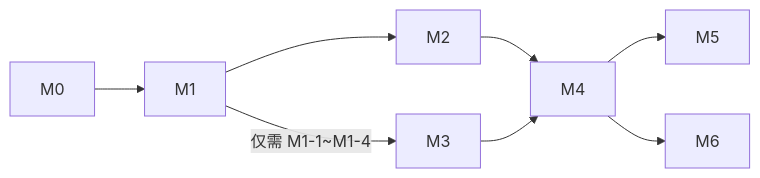
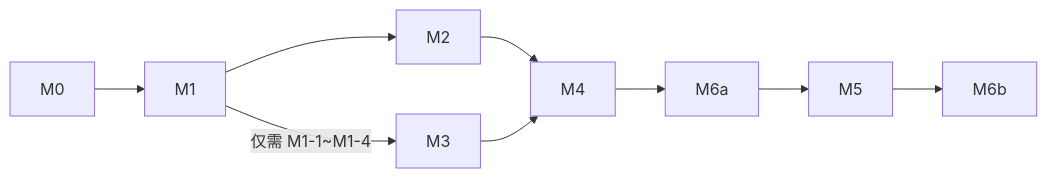
One commit to Assassin187/NePA changed the second of 2 diagrams in project_docs/system_design.md. Above: the diagram before and after it, drawn with Mermaid. The commit also changed other lines of this file and 52 other files, not shown here.

````diff
--- a/project_docs/system_design.md
+++ b/project_docs/system_design.md
@@ -1332,7 +1356,6 @@
 ```mermaid
 flowchart LR
   M0 --> M1 --> M2 --> M4
   M1 -- 仅需 M1-1~M1-4 --> M3 --> M4
-  M4 --> M5
-  M4 --> M6
+  M4 --> M6a --> M5 --> M6b
 ```
````
